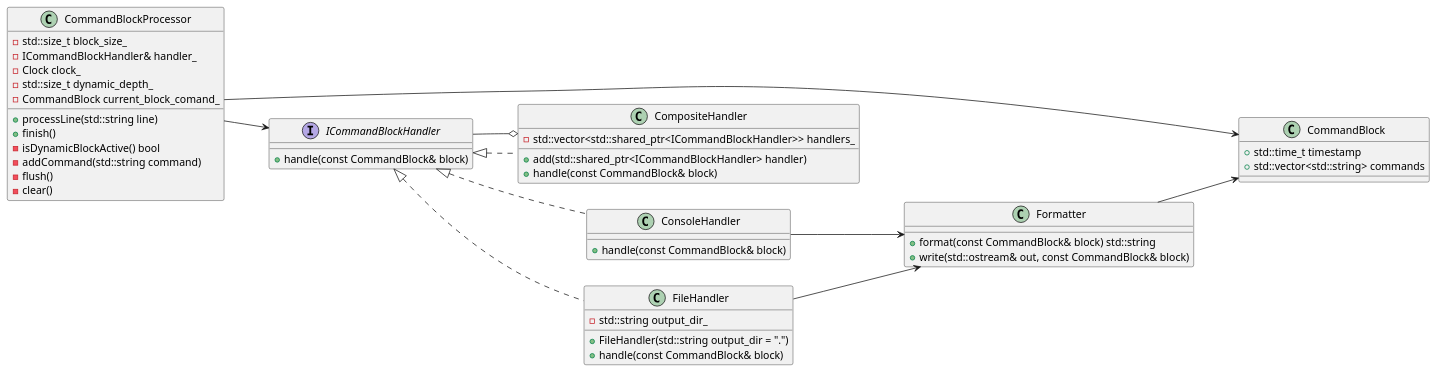
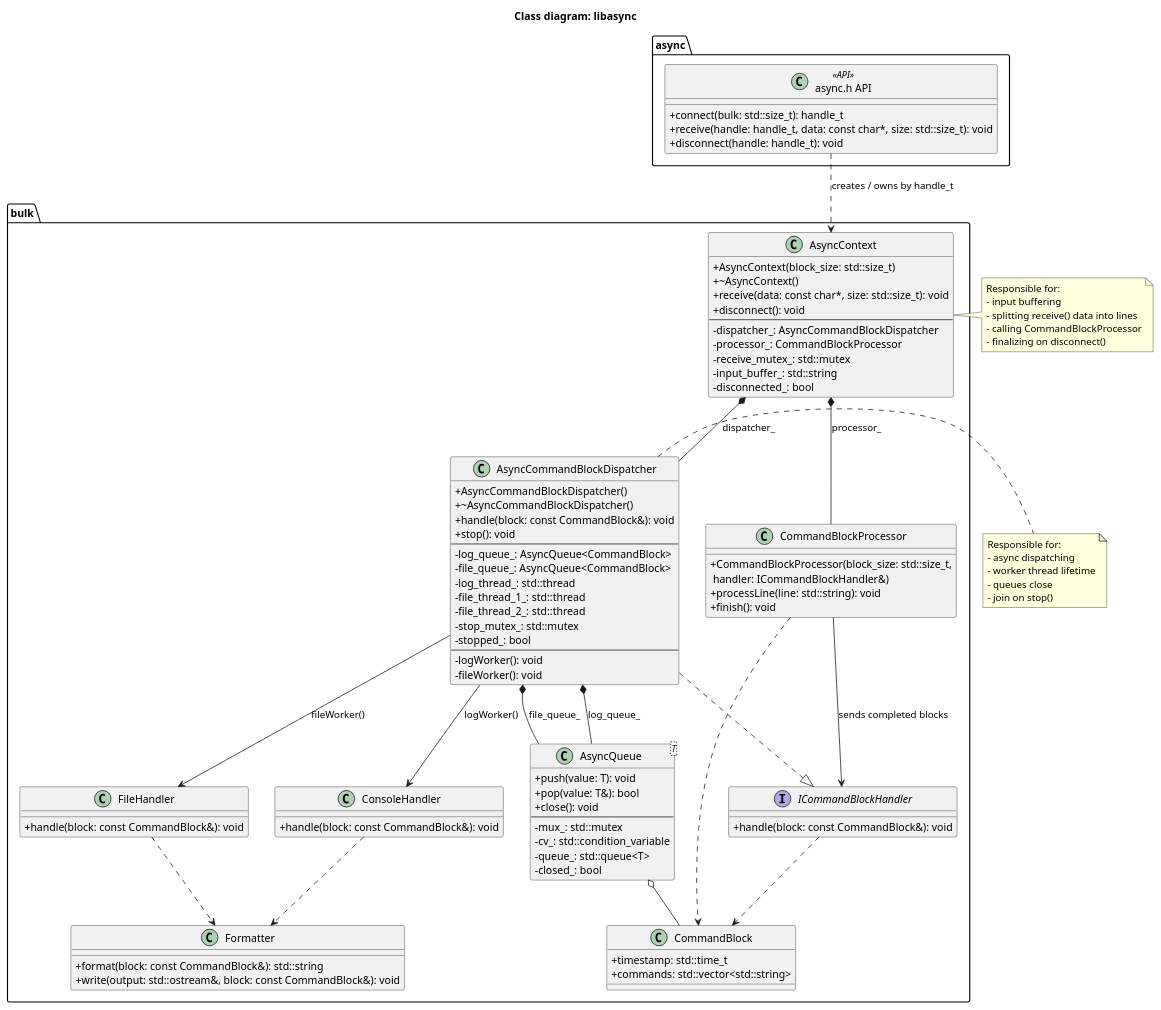
The second of 2 diagrams in doc/diagram.puml (alexey-samborskii/otus-cpp), drawn with PlantUML before and after one commit. The commit also changed other lines of this file and 4 other files, not shown here.

Commit message:
Update diagramm

```diff
--- a/doc/diagram.puml
+++ b/doc/diagram.puml
@@ -1,58 +57,124 @@
-@startuml
-left to right direction
+@startuml class_diagram
+title Class diagram: libasync
 
-class CommandBlock {
-    +std::time_t timestamp
-    +std::vector<std::string> commands
+skinparam classAttributeIconSize 0
+skinparam shadowing false
+
+namespace async {
+    class "async.h API" as AsyncApi <<API>> {
+        +connect(bulk: std::size_t): handle_t
+        +receive(handle: handle_t, data: const char*, size: std::size_t): void
+        +disconnect(handle: handle_t): void
+    }
 }
 
-interface ICommandBlockHandler {
-    +handle(const CommandBlock& block)
+namespace bulk {
+    class AsyncContext {
+        +AsyncContext(block_size: std::size_t)
+        +~AsyncContext()
+        +receive(data: const char*, size: std::size_t): void
+        +disconnect(): void
+        --
+        -dispatcher_: AsyncCommandBlockDispatcher
+        -processor_: CommandBlockProcessor
+        -receive_mutex_: std::mutex
+        -input_buffer_: std::string
+        -disconnected_: bool
+    }
+
+    interface ICommandBlockHandler {
+        +handle(block: const CommandBlock&): void
+    }
+
+    class CommandBlockProcessor {
+        +CommandBlockProcessor(block_size: std::size_t,\n handler: ICommandBlockHandler&)
+        +processLine(line: std::string): void
+        +finish(): void
+    }
+
+    class AsyncCommandBlockDispatcher {
+        +AsyncCommandBlockDispatcher()
+        +~AsyncCommandBlockDispatcher()
+        +handle(block: const CommandBlock&): void
+        +stop(): void
+        --
+        -log_queue_: AsyncQueue<CommandBlock>
+        -file_queue_: AsyncQueue<CommandBlock>
+        -log_thread_: std::thread
+        -file_thread_1_: std::thread
+        -file_thread_2_: std::thread
+        -stop_mutex_: std::mutex
+        -stopped_: bool
+        --
+        -logWorker(): void
+        -fileWorker(): void
+    }
+
+    class "AsyncQueue<T>" as AsyncQueue {
+        +push(value: T): void
+        +pop(value: T&): bool
+        +close(): void
+        --
+        -mux_: std::mutex
+        -cv_: std::condition_variable
+        -queue_: std::queue<T>
+        -closed_: bool
+    }
+
+    class CommandBlock {
+        +timestamp: std::time_t
+        +commands: std::vector<std::string>
+    }
+
+    class ConsoleHandler {
+        +handle(block: const CommandBlock&): void
+    }
+
+    class FileHandler {
+        +handle(block: const CommandBlock&): void
+    }
+
+    class Formatter {
+        +format(block: const CommandBlock&): std::string
+        +write(output: std::ostream&, block: const CommandBlock&): void
+    }
 }
 
-class CompositeHandler {
-    -std::vector<std::shared_ptr<ICommandBlockHandler>> handlers_
-    +add(std::shared_ptr<ICommandBlockHandler> handler)
-    +handle(const CommandBlock& block)
-}
+AsyncApi ..> AsyncContext : creates / owns by handle_t
 
-class ConsoleHandler {
-    +handle(const CommandBlock& block)
-}
+AsyncContext *-- AsyncCommandBlockDispatcher : dispatcher_
+AsyncContext *-- CommandBlockProcessor : processor_
 
-class FileHandler {
-    -std::string output_dir_
-    +FileHandler(std::string output_dir = ".")
-    +handle(const CommandBlock& block)
-}
+CommandBlockProcessor --> ICommandBlockHandler : sends completed blocks
+AsyncCommandBlockDispatcher ..|> ICommandBlockHandler
 
-class CommandBlockProcessor {
-    -std::size_t block_size_
-    -ICommandBlockHandler& handler_
-    -Clock clock_
-    -std::size_t dynamic_depth_
-    -CommandBlock current_block_comand_
-    +processLine(std::string line)
-    +finish()
-    -isDynamicBlockActive() bool
-    -addCommand(std::string command)
-    -flush()
-    -clear()
-}
+AsyncCommandBlockDispatcher *-- AsyncQueue : log_queue_
+AsyncCommandBlockDispatcher *-- AsyncQueue : file_queue_
+AsyncCommandBlockDispatcher --> ConsoleHandler : logWorker()
+AsyncCommandBlockDispatcher --> FileHandler : fileWorker()
 
-class Formatter {
-    +format(const CommandBlock& block) std::string
-    +write(std::ostream& out, const CommandBlock& block)
-}
+AsyncQueue o-- CommandBlock
 
-ICommandBlockHandler <|.. CompositeHandler
-ICommandBlockHandler <|.. ConsoleHandler
-ICommandBlockHandler <|.. FileHandler
+ConsoleHandler ..> Formatter
+FileHandler ..> Formatter
 
-CompositeHandler o-- ICommandBlockHandler
-CommandBlockProcessor --> ICommandBlockHandler
-CommandBlockProcessor --> CommandBlock
-Formatter --> CommandBlock
-ConsoleHandler --> Formatter
-FileHandler --> Formatter
+CommandBlockProcessor ..> CommandBlock
+ICommandBlockHandler ..> CommandBlock
+
+note right of AsyncContext
+Responsible for:
+- input buffering
+- splitting receive() data into lines
+- calling CommandBlockProcessor
+- finalizing on disconnect()
+end note
+
+note right of AsyncCommandBlockDispatcher
+Responsible for:
+- async dispatching
+- worker thread lifetime
+- queues close
+- join on stop()
+end note
+
 @enduml
```
